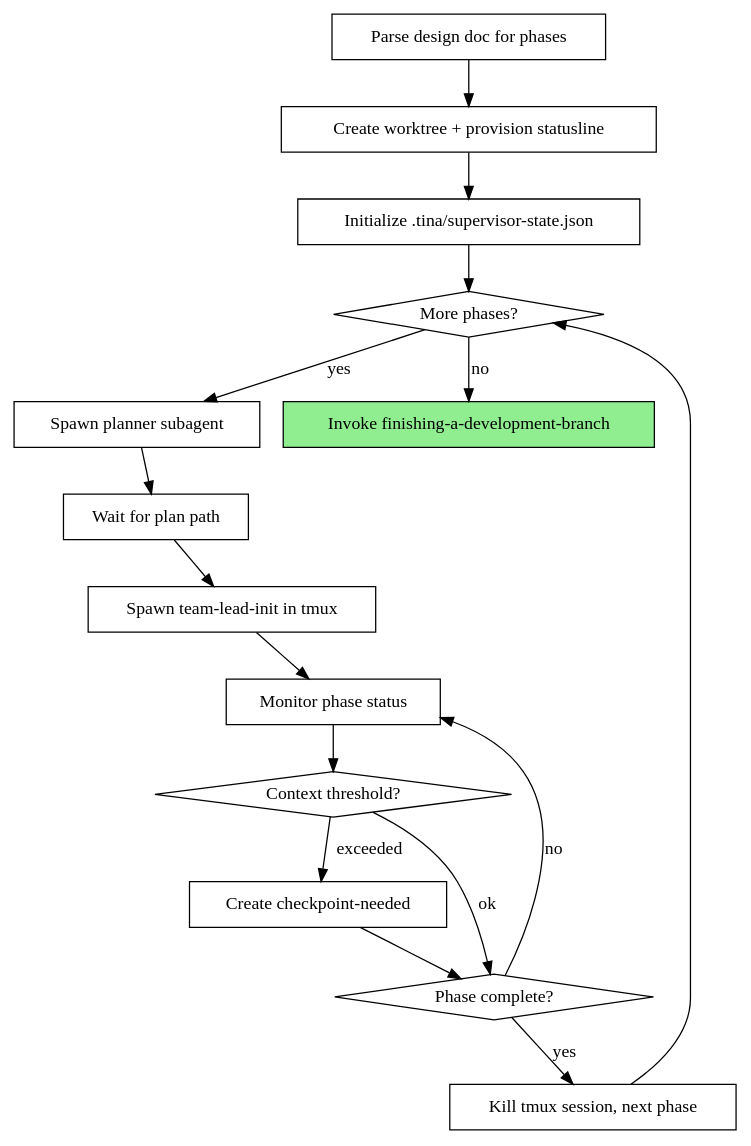
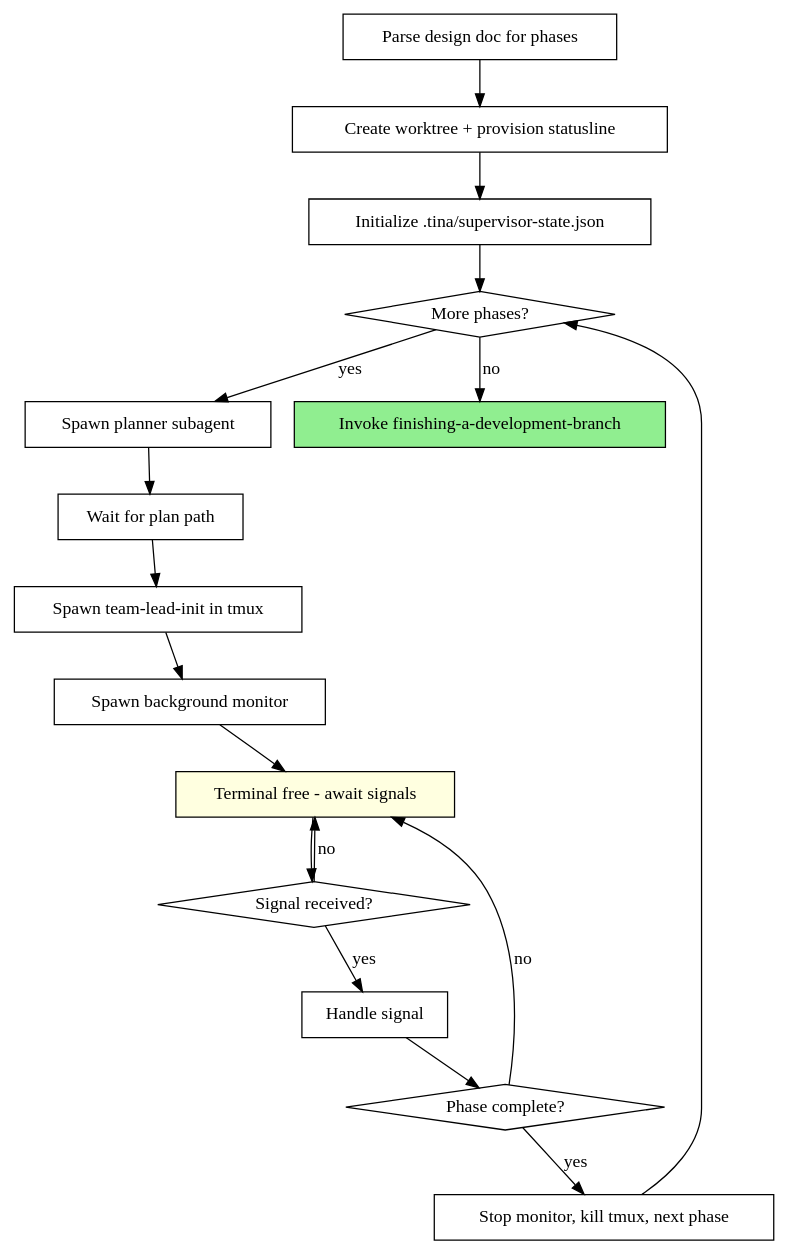
The diagram in skills/orchestrate/SKILL.md (joshuabates/tina), drawn with Graphviz before and after one commit. The commit also changed other lines of this file and 1 other file, not shown here.

First line of the commit message:
feat: implement background monitoring for orchestrator

````diff
--- a/skills/orchestrate/SKILL.md
+++ b/skills/orchestrate/SKILL.md
@@ -30,35 +52,37 @@
 ```dot
 digraph orchestrate {
     rankdir=TB;
 
     "Parse design doc for phases" [shape=box];
     "Create worktree + provision statusline" [shape=box];
     "Initialize .tina/supervisor-state.json" [shape=box];
     "More phases?" [shape=diamond];
     "Spawn planner subagent" [shape=box];
     "Wait for plan path" [shape=box];
     "Spawn team-lead-init in tmux" [shape=box];
-    "Monitor phase status" [shape=box];
-    "Context threshold?" [shape=diamond];
-    "Create checkpoint-needed" [shape=box];
+    "Spawn background monitor" [shape=box];
+    "Terminal free - await signals" [shape=box style=filled fillcolor=lightyellow];
+    "Signal received?" [shape=diamond];
+    "Handle signal" [shape=box];
     "Phase complete?" [shape=diamond];
-    "Kill tmux session, next phase" [shape=box];
+    "Stop monitor, kill tmux, next phase" [shape=box];
     "Invoke finishing-a-development-branch" [shape=box style=filled fillcolor=lightgreen];
 
     "Parse design doc for phases" -> "Create worktree + provision statusline";
     "Create worktree + provision statusline" -> "Initialize .tina/supervisor-state.json";
     "Initialize .tina/supervisor-state.json" -> "More phases?";
     "More phases?" -> "Spawn planner subagent" [label="yes"];
     "Spawn planner subagent" -> "Wait for plan path";
     "Wait for plan path" -> "Spawn team-lead-init in tmux";
-    "Spawn team-lead-init in tmux" -> "Monitor phase status";
-    "Monitor phase status" -> "Context threshold?";
-    "Context threshold?" -> "Create checkpoint-needed" [label="exceeded"];
-    "Context threshold?" -> "Phase complete?" [label="ok"];
-    "Create checkpoint-needed" -> "Phase complete?";
-    "Phase complete?" -> "Monitor phase status" [label="no"];
-    "Phase complete?" -> "Kill tmux session, next phase" [label="yes"];
-    "Kill tmux session, next phase" -> "More phases?";
+    "Spawn team-lead-init in tmux" -> "Spawn background monitor";
+    "Spawn background monitor" -> "Terminal free - await signals";
+    "Terminal free - await signals" -> "Signal received?";
+    "Signal received?" -> "Terminal free - await signals" [label="no"];
+    "Signal received?" -> "Handle signal" [label="yes"];
+    "Handle signal" -> "Phase complete?";
+    "Phase complete?" -> "Terminal free - await signals" [label="no"];
+    "Phase complete?" -> "Stop monitor, kill tmux, next phase" [label="yes"];
+    "Stop monitor, kill tmux, next phase" -> "More phases?";
     "More phases?" -> "Invoke finishing-a-development-branch" [label="no"];
 }
 ```
````
